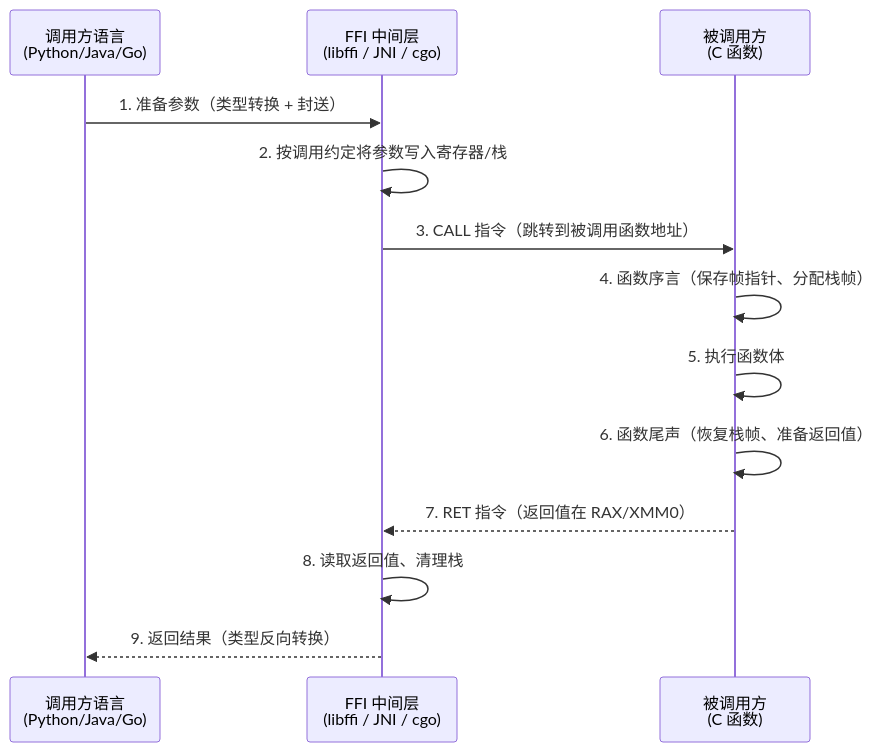
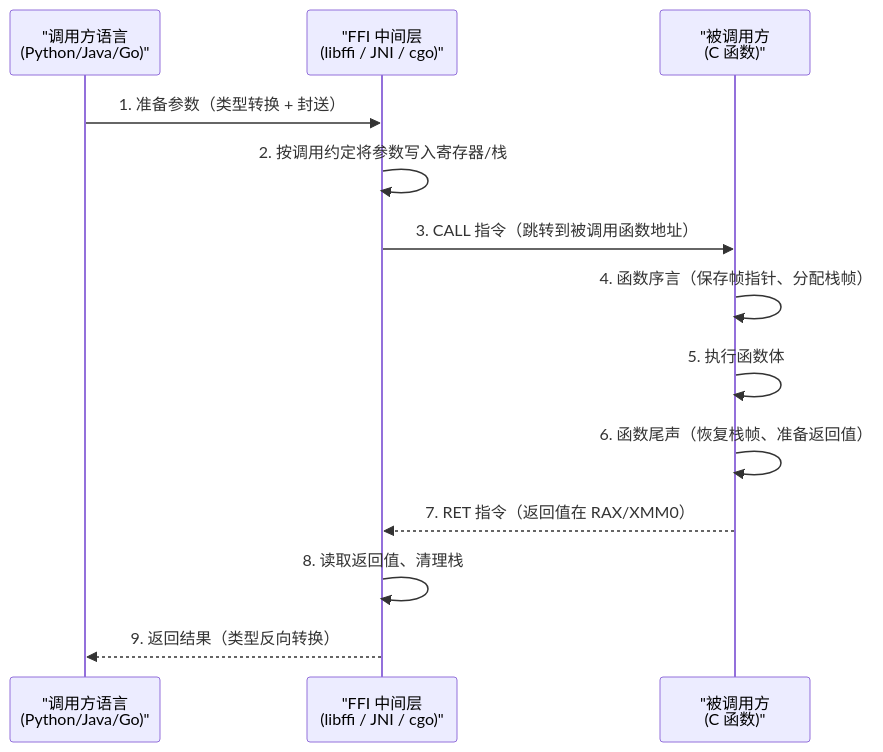
The diagram in docs/knowledge/learning/01-agent-protocols-interfaces/ffi-wiki/02-working-principles.md (xinetzone/SpecWeave), drawn with Mermaid before and after one commit. The commit also changed 13 other files, not shown here.

````diff
--- a/docs/knowledge/learning/01-agent-protocols-interfaces/ffi-wiki/02-working-principles.md
+++ b/docs/knowledge/learning/01-agent-protocols-interfaces/ffi-wiki/02-working-principles.md
@@ -36,16 +36,15 @@
 ```mermaid
 sequenceDiagram
-    participant Caller as 调用方语言<br/>(Python/Java/Go)
-    participant FFI as FFI 中间层<br/>(libffi / JNI / cgo)
-    participant Callee as 被调用方<br/>(C 函数)
-
+    participant Caller as "调用方语言<br/>(Python/Java/Go)"
+    participant FFI as "FFI 中间层<br/>(libffi / JNI / cgo)"
+    participant Callee as "被调用方<br/>(C 函数)"
     Caller->>FFI: 1. 准备参数（类型转换 + 封送）
     FFI->>FFI: 2. 按调用约定将参数写入寄存器/栈
     FFI->>Callee: 3. CALL 指令（跳转到被调用函数地址）
     Callee->>Callee: 4. 函数序言（保存帧指针、分配栈帧）
     Callee->>Callee: 5. 执行函数体
     Callee->>Callee: 6. 函数尾声（恢复栈帧、准备返回值）
     Callee-->>FFI: 7. RET 指令（返回值在 RAX/XMM0）
     FFI->>FFI: 8. 读取返回值、清理栈
     FFI-->>Caller: 9. 返回结果（类型反向转换）
 ```
````
